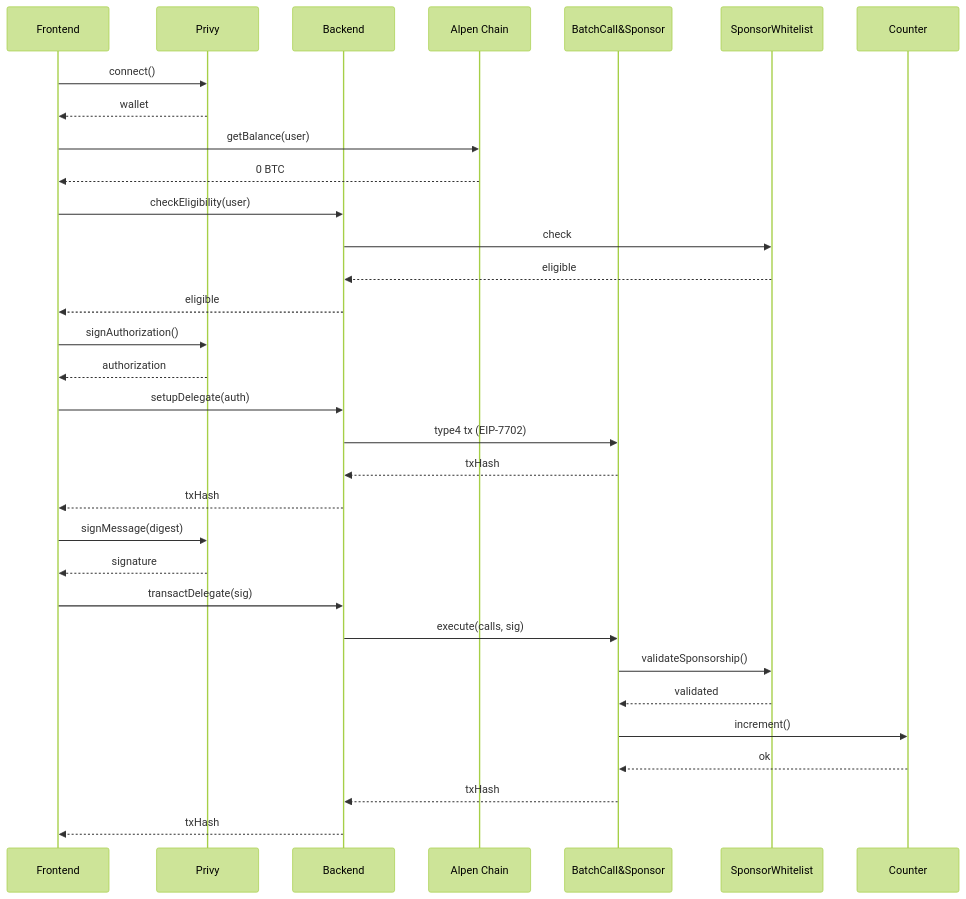
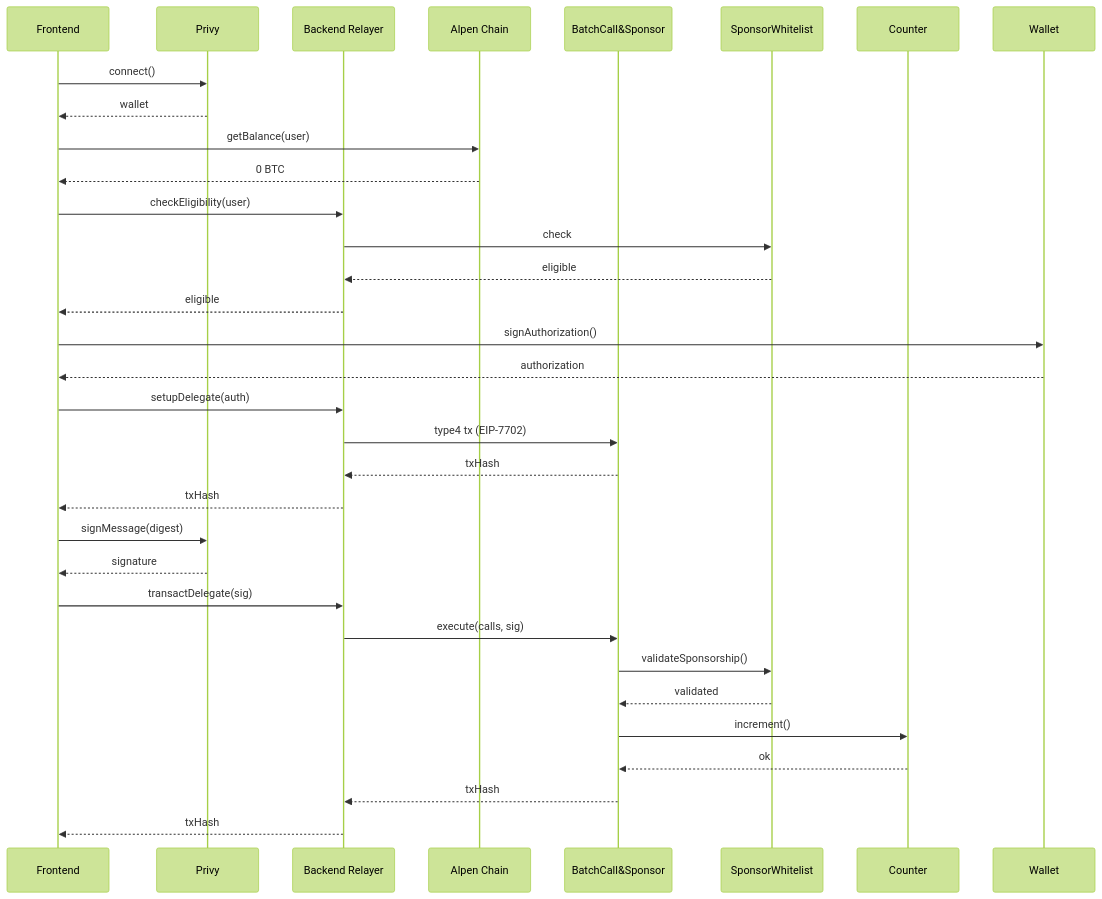
One commit to wakeuplabs-io/alpen-gas-demo changed the diagram in packages/documentation/architecture-and-design.md. Above: the diagram before and after it, drawn with Mermaid (forest theme). The commit also changed other lines of this file and 1 other file, not shown here.

Commit message:
docs: improvements on diagram and add dynamic as another option

````diff
--- a/packages/documentation/architecture-and-design.md
+++ b/packages/documentation/architecture-and-design.md
@@ -53,44 +53,44 @@
 ```mermaid
 sequenceDiagram
     participant Frontend
     participant Privy
-    participant Backend
+    participant Backend as Backend Relayer
     participant AlpenChain as Alpen Chain
     participant Batch as BatchCall&Sponsor
     participant Whitelist as SponsorWhitelist
     participant Counter
 
     Frontend->>Privy: connect()
     Privy-->>Frontend: wallet
 
     Frontend->>AlpenChain: getBalance(user)
     AlpenChain-->>Frontend: 0 BTC
 
     Frontend->>Backend: checkEligibility(user)
     Backend->>Whitelist: check
     Whitelist-->>Backend: eligible
     Backend-->>Frontend: eligible
 
-    Frontend->>Privy: signAuthorization()
-    Privy-->>Frontend: authorization
+    Frontend->>Wallet: signAuthorization()
+    Wallet-->>Frontend: authorization
 
     Frontend->>Backend: setupDelegate(auth)
     Backend->>Batch: type4 tx (EIP-7702)
     Batch-->>Backend: txHash
     Backend-->>Frontend: txHash
 
     Frontend->>Privy: signMessage(digest)
     Privy-->>Frontend: signature
 
     Frontend->>Backend: transactDelegate(sig)
     Backend->>Batch: execute(calls, sig)
 
     Batch->>Whitelist: validateSponsorship()
     Whitelist-->>Batch: validated
 
     Batch->>Counter: increment()
     Counter-->>Batch: ok
 
     Batch-->>Backend: txHash
     Backend-->>Frontend: txHash
 ```
````
